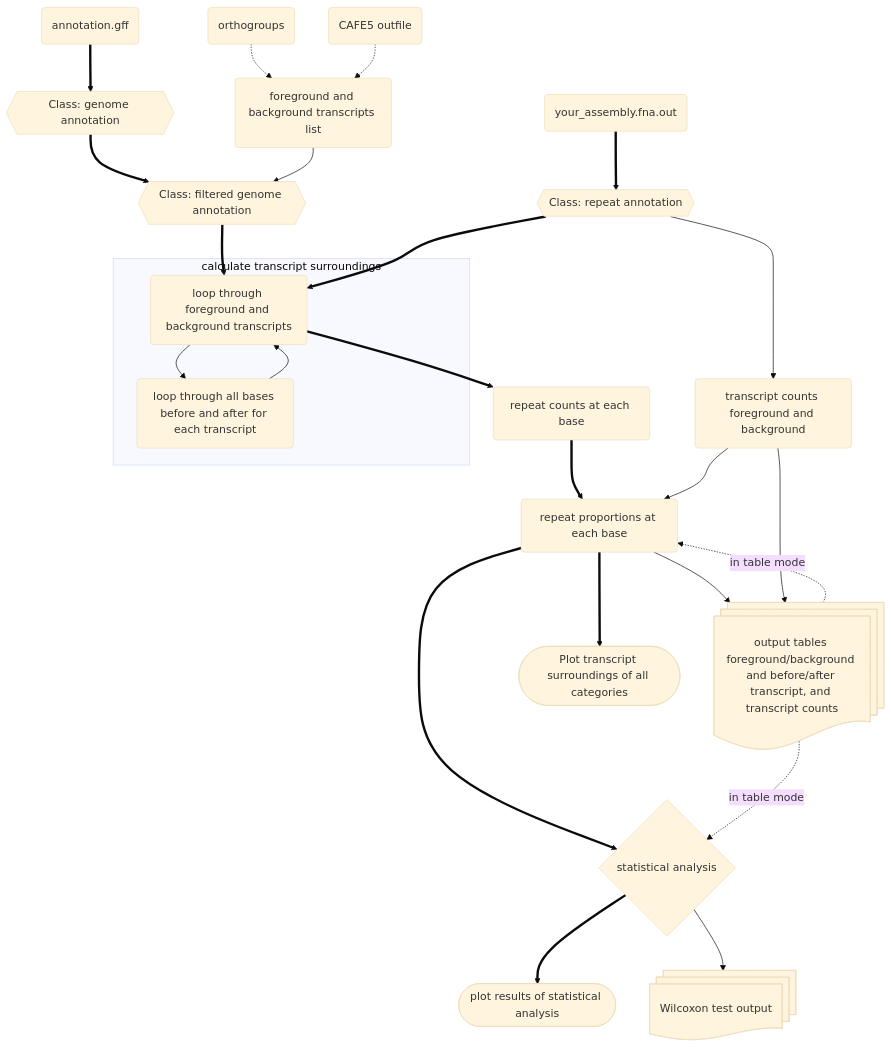
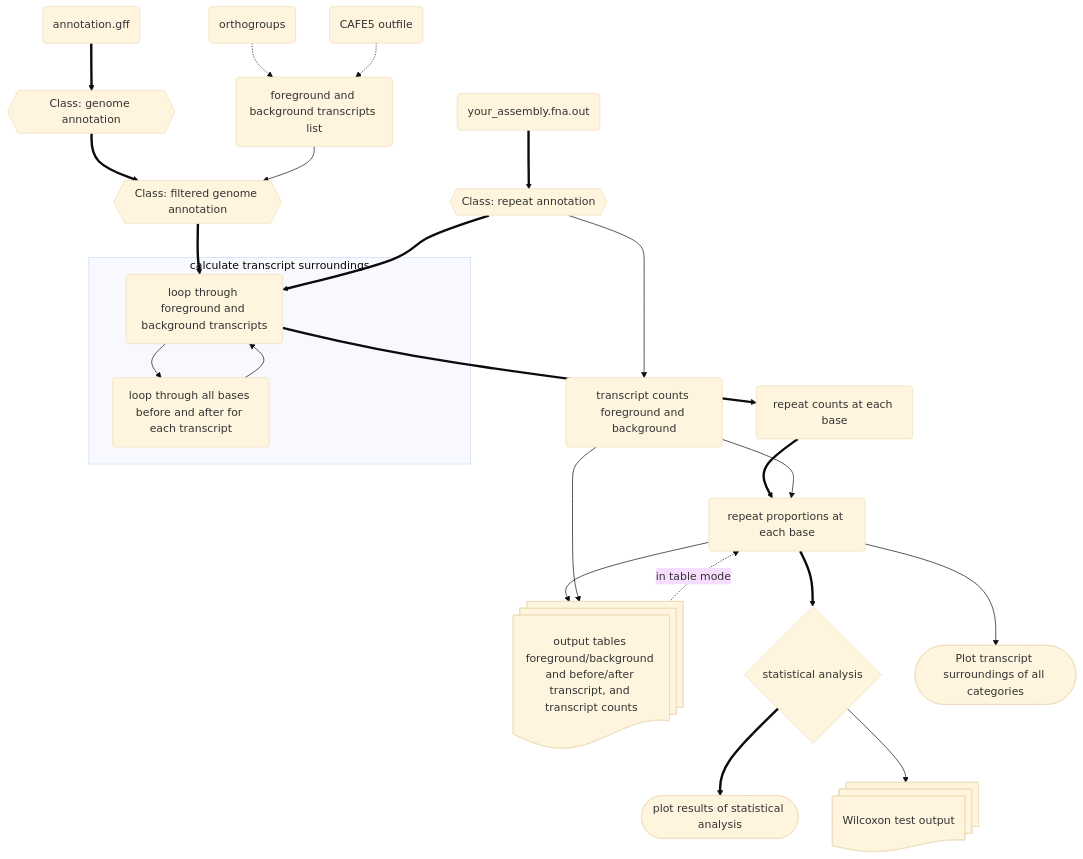
The second of 2 diagrams in README.md (milena-t/ReVis), drawn with Mermaid (base theme) before and after one commit.

Commit message:
moremermaid

````diff
--- a/README.md
+++ b/README.md
@@ -269,42 +269,41 @@
 ```mermaid
 graph TD;
     infile_out(your_assembly.fna.out);
     infile_out ==> rep_annot{{Class: repeat annotation}};
     rep_annot --> tr_count(transcript counts foreground and background);
 
     infile_annot(annotation.gff);
     infile_annot ==> gene_annot{{Class: genome annotation}};
 
     OGs(orthogroups);
     CAFE(CAFE5 outfile);
 
     OGs -.-> tr_list(foreground and background transcripts list);
     CAFE -.-> tr_list
 
     gene_annot ==> filt_gene_annot{{Class: filtered genome annotation}};
     tr_list --> filt_gene_annot
     
     filt_gene_annot ==> loop_tr(loop through foreground and background transcripts);
     rep_annot ==> loop_tr
     loop_bp(loop through all bases before and after for each transcript);
     subgraph calculate transcript surroundings
     loop_tr --> loop_bp
     loop_bp --> loop_tr
     end
 
     loop_tr ==> rep_counts(repeat counts at each base);
     rep_counts ==> rep_prop(repeat proportions at each base);
     tr_count --> rep_prop
 
     rep_prop --> out_tab@{ shape: docs, label: "output tables foreground/background and before/after transcript, and transcript counts" };
     tr_count --> out_tab
 
     rep_prop ==> stats{statistical analysis};
-    rep_prop ==> plot_all([Plot transcript surroundings of all categories])
+    rep_prop --> plot_all([Plot transcript surroundings of all categories])
 
     stats ==> stats_out([plot results of statistical analysis]) 
     stats --> stats_tab@{ shape: docs, label: "Wilcoxon test output" };
 
-    out_tab -. in table mode .-> stats
     out_tab -. in table mode .-> rep_prop
 ```   
````
